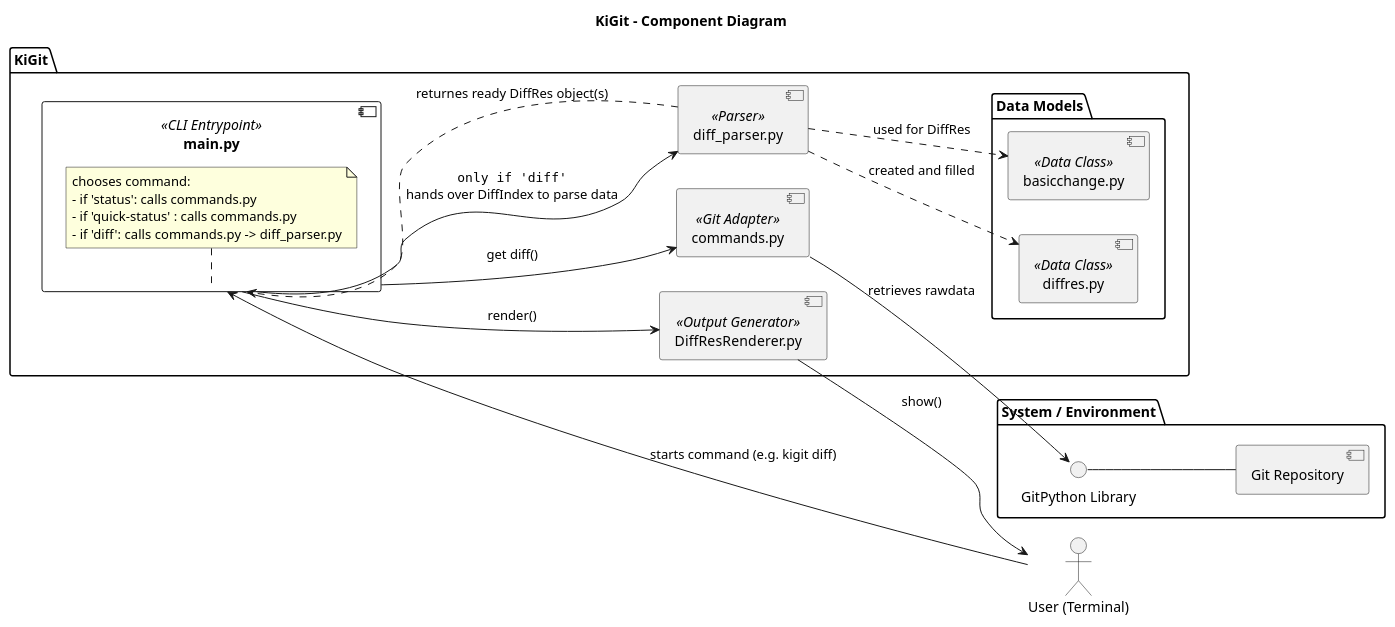
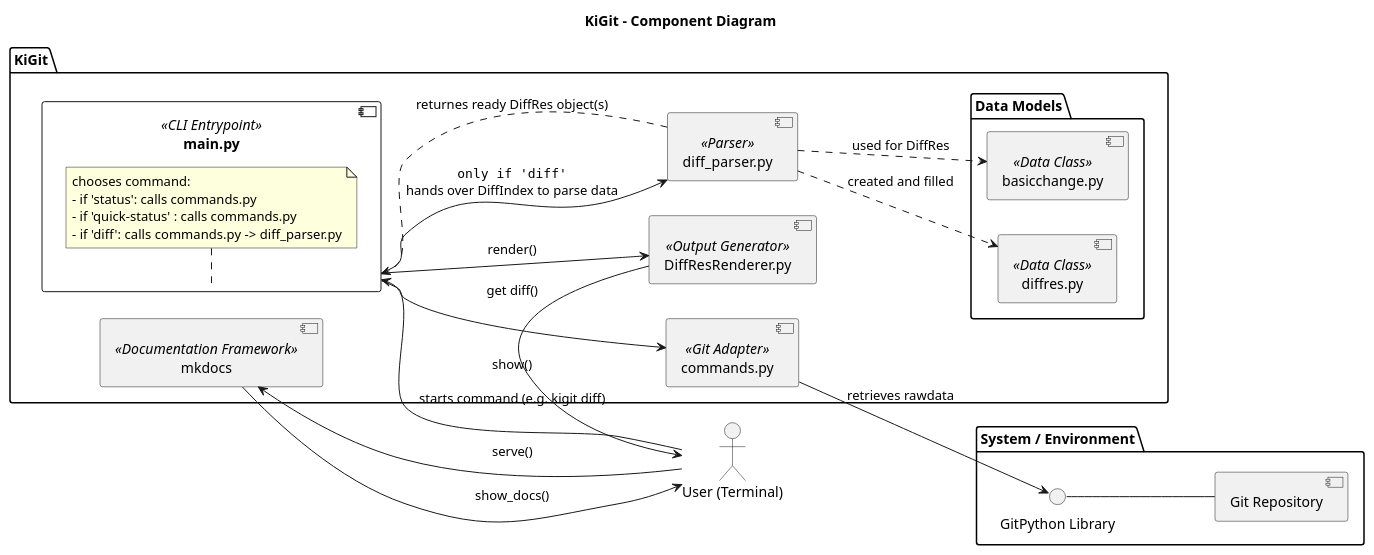
The diagram in KiGit/graphs/component_diagram.puml (Ddragon1000/KiGit-AutoIntern-Team-Projektkopie-), drawn with PlantUML before and after one commit.

Commit message:
added mkdocs in comp diagr

```diff
--- a/KiGit/graphs/component_diagram.puml
+++ b/KiGit/graphs/component_diagram.puml
@@ -1,49 +1,54 @@
 @startuml "Component Diagram KiGit"
 title KiGit - Component Diagram
 
 left to right direction
 
 actor "User (Terminal)" as user
 
 package "KiGit" {
 	component [main.py] as main <<CLI Entrypoint>> {
 		note top of main
 			chooses command:
 			- if 'status': calls commands.py
 			- if 'quick-status' : calls commands.py
 			- if 'diff': calls commands.py -> diff_parser.py
 		end note
 	}
 	component [commands.py] as commands <<Git Adapter>>
 	component [diff_parser.py] as parser <<Parser>>
 
 	package "Data Models" {
 		component [diffres.py] as diffres <<Data Class>>
 		component [basicchange.py] as basicchange <<Data Class>>
 	}
 
 	component [DiffResRenderer.py] as renderer <<Output Generator>>
-	}
+
+	component [mkdocs] as docs <<Documentation Framework>>
+}
 
 package "System / Environment" {
 	[Git Repository] as gitrepo
 	() "GitPython Library" as gitpy
 }
 
 user --> main : starts command (e.g. kigit diff)
 
 main --> commands : get diff()
 commands --> gitpy : retrieves rawdata
 gitpy -- gitrepo
 
 main --> parser : ""only if 'diff'""\nhands over DiffIndex to parse data
 
 parser ..> diffres : created and filled
 parser ..> basicchange : used for DiffRes
 
 parser ..> main : returnes ready DiffRes object(s)
 
 main --> renderer : render()
 renderer --> user : show()
 
+user --> docs : serve()
+docs --> user : show_docs()
+
 @enduml
```
